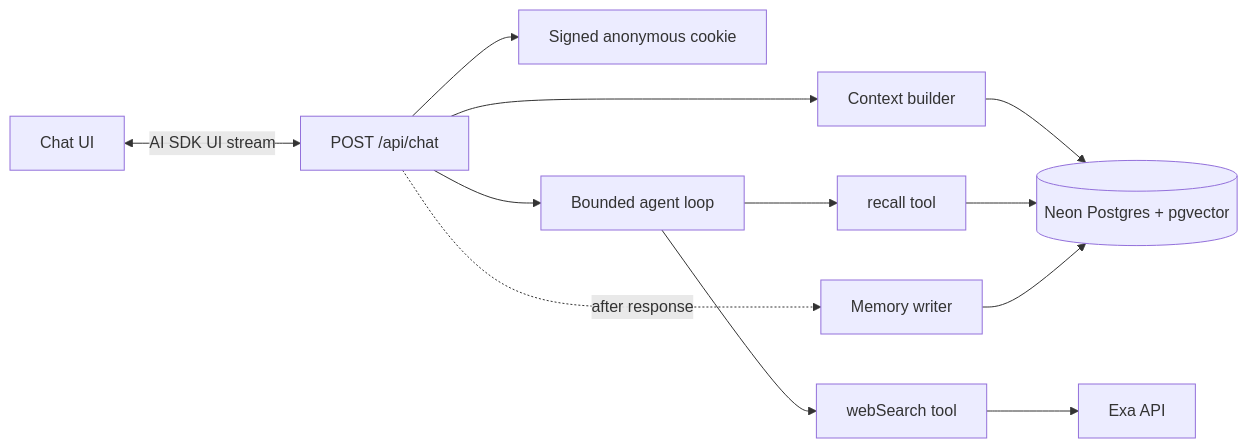
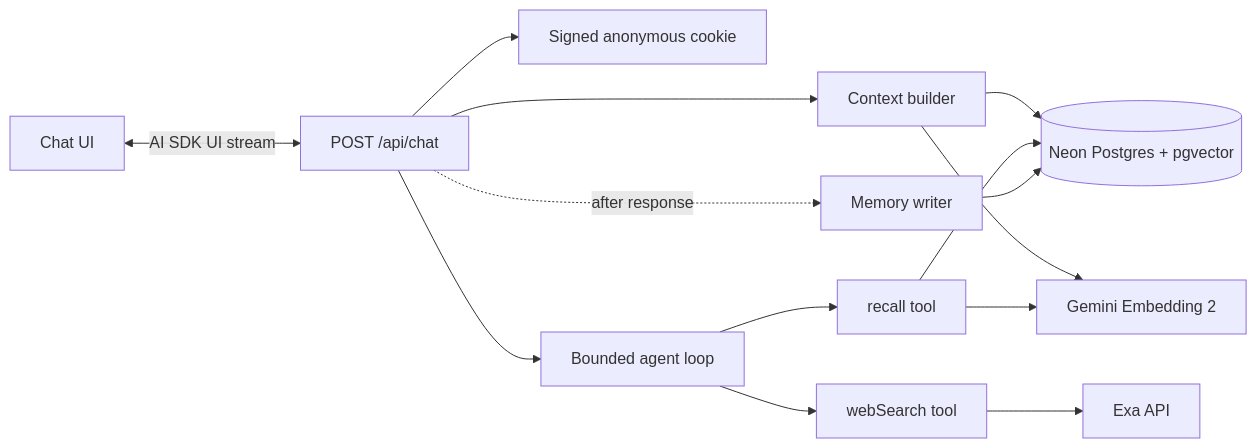
Before and after one commit to shashwat558/best-chat-agent: the first of 2 diagrams in DESIGN.md, drawn with Mermaid. The commit also changed other lines of this file and 19 other files, not shown here.

````diff
--- a/DESIGN.md
+++ b/DESIGN.md
@@ -7,14 +7,16 @@
 ```mermaid
 flowchart LR
   UI[Chat UI] <-->|AI SDK UI stream| Route[POST /api/chat]
   Route --> Identity[Signed anonymous cookie]
   Route --> Context[Context builder]
   Context --> DB[(Neon Postgres + pgvector)]
   Route --> Agent[Bounded agent loop]
   Agent --> Recall[recall tool]
   Agent --> Search[webSearch tool]
   Recall --> DB
   Search --> Provider[Exa API]
+  Context --> Embeddings[Gemini Embedding 2]
+  Recall --> Embeddings
   Route -. after response .-> Writer[Memory writer]
   Writer --> DB
 ```
````
